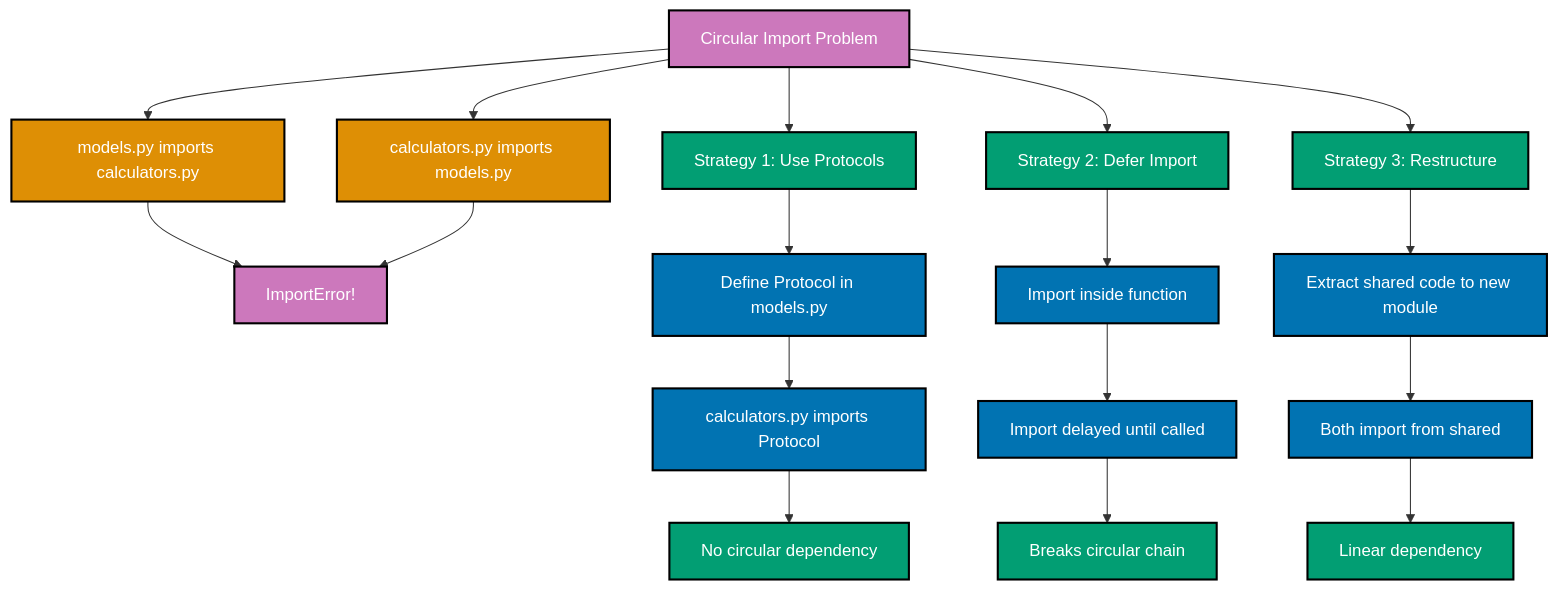
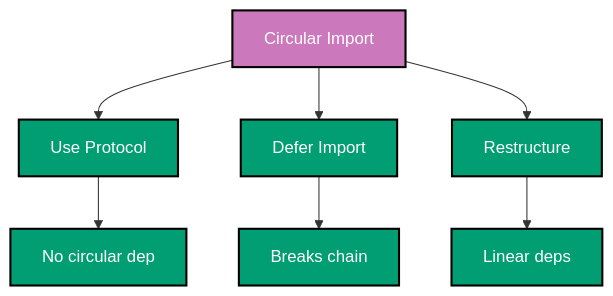
Before and after one commit to wahidyankf/ose-primer: the fourth of 6 diagrams in docs/explanation/software-engineering/programming-languages/python/anti-patterns.md, drawn with Mermaid. The commit also changed other lines of this file and 12 other files, not shown here.

Commit message:
fix(docs): fix mermaid violations in python/ docs (batch 2/10)

````diff
--- a/docs/explanation/software-engineering/programming-languages/python/anti-patterns.md
+++ b/docs/explanation/software-engineering/programming-languages/python/anti-patterns.md
@@ -1624,49 +1624,15 @@
 ```mermaid
 %% Color Palette: Blue #0173B2, Orange #DE8F05, Teal #029E73, Purple #CC78BC, Brown #CA9161
 graph TD
-  A[Circular Import Problem]:::purple
-  B[Strategy 1: Use Protocols]:::teal
-  C[Strategy 2: Defer Import]:::teal
-  D[Strategy 3: Restructure]:::teal
-  E[models.py imports calculators.py]:::orange
-  F[calculators.py imports models.py]:::orange
-  G[ImportError!]:::purple
-
-  H[Define Protocol in models.py]:::blue
-  I[calculators.py imports Protocol]:::blue
-  J[No circular dependency]:::teal
-
-  K[Import inside function]:::blue
-  L[Import delayed until called]:::blue
-  M[Breaks circular chain]:::teal
-
-  N[Extract shared code to new module]:::blue
-  O[Both import from shared]:::blue
-  P[Linear dependency]:::teal
-
-  A --> E
-  A --> F
-  E --> G
-  F --> G
-
-  A --> B
-  A --> C
-  A --> D
-
-  B --> H
-  H --> I
-  I --> J
-
-  C --> K
-  K --> L
-  L --> M
-
-  D --> N
-  N --> O
-  O --> P
+  A[Circular Import]:::purple --> B[Use Protocol]:::teal
+  A --> C[Defer Import]:::teal
+  A --> D[Restructure]:::teal
+  B --> E[No circular dep]:::teal
+  C --> F[Breaks chain]:::teal
+  D --> G[Linear deps]:::teal
 
   classDef blue fill:#0173B2,stroke:#000000,color:#FFFFFF,stroke-width:2px
   classDef orange fill:#DE8F05,stroke:#000000,color:#FFFFFF,stroke-width:2px
   classDef teal fill:#029E73,stroke:#000000,color:#FFFFFF,stroke-width:2px
   classDef purple fill:#CC78BC,stroke:#000000,color:#FFFFFF,stroke-width:2px
 ```
````
